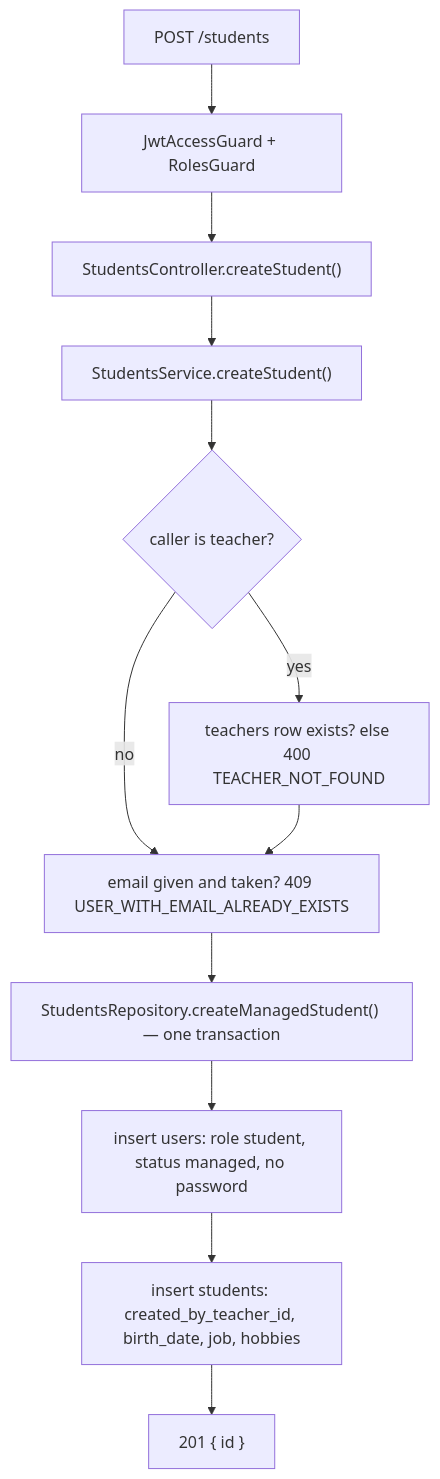
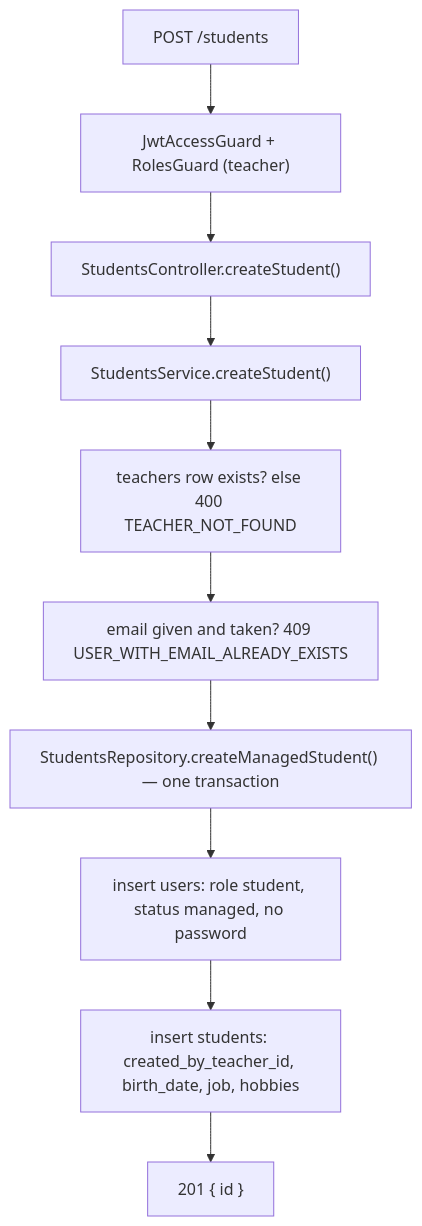
The first of 2 diagrams in back/docs/students/student-endpoints.md (KaterynaKocheharova/Practice-app), drawn with Mermaid before and after one commit. The commit also changed other lines of this file and 79 other files, not shown here.

Commit message:
implement get students and post a student endpoint

````diff
--- a/back/docs/students/student-endpoints.md
+++ b/back/docs/students/student-endpoints.md
@@ -35,14 +35,12 @@
 ```mermaid
 flowchart TD
-  Request["POST /students"] --> Guards["JwtAccessGuard + RolesGuard"]
+  Request["POST /students"] --> Guards["JwtAccessGuard + RolesGuard (teacher)"]
   Guards --> Controller["StudentsController.createStudent()"]
   Controller --> Service["StudentsService.createStudent()"]
-  Service --> Teacher{"caller is teacher?"}
-  Teacher -- yes --> TeacherCheck["teachers row exists? else 400 TEACHER_NOT_FOUND"]
-  Teacher -- no --> Email
+  Service --> TeacherCheck["teachers row exists? else 400 TEACHER_NOT_FOUND"]
   TeacherCheck --> Email["email given and taken? 409 USER_WITH_EMAIL_ALREADY_EXISTS"]
   Email --> Tx["StudentsRepository.createManagedStudent() — one transaction"]
   Tx --> User["insert users: role student, status managed, no password"]
   User --> Profile["insert students: created_by_teacher_id, birth_date, job, hobbies"]
   Profile --> Response["201 { id }"]
 ```
````
